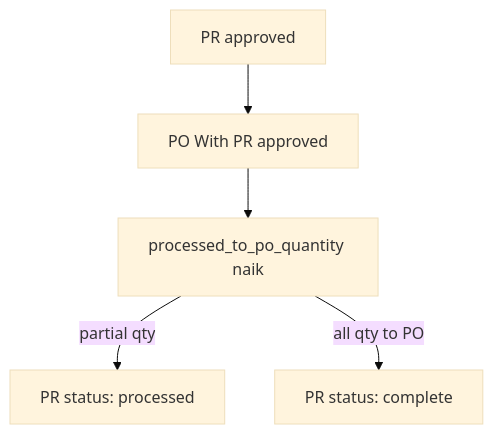
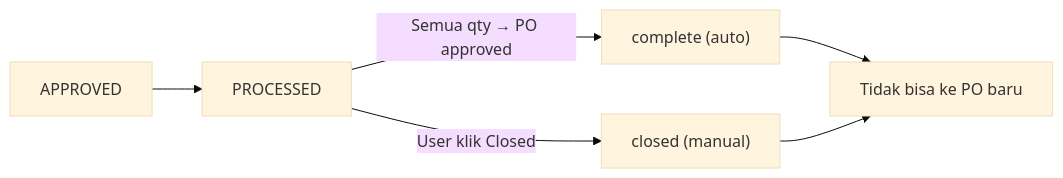
The second of 4 diagrams in qa-docs/supplychain-purchase-requisition/requirement.md (yendyr/olshoperp-docs), drawn with Mermaid (base theme) before and after one commit. The commit also changed other lines of this file and 84 other files, not shown here.

````diff
--- a/qa-docs/supplychain-purchase-requisition/requirement.md
+++ b/qa-docs/supplychain-purchase-requisition/requirement.md
@@ -113,12 +99,8 @@
 ```mermaid
-flowchart TD
-    PR["PR approved"]
-    PO["PO With PR approved"]
-    QTY["processed_to_po_quantity naik"]
-    PART["PR status: processed"]
-    FULL["PR status: complete"]
-
-    PR --> PO --> QTY
-    QTY -->|"partial qty"| PART
-    QTY -->|"all qty to PO"| FULL
+flowchart LR
+    APPROVED --> PROCESSED
+    PROCESSED -->|"Semua qty → PO approved"| COMPLETE["complete (auto)"]
+    PROCESSED -->|"User klik Closed"| CLOSED["closed (manual)"]
+    COMPLETE --> OUT["Tidak bisa ke PO baru"]
+    CLOSED --> OUT
 ```
````
